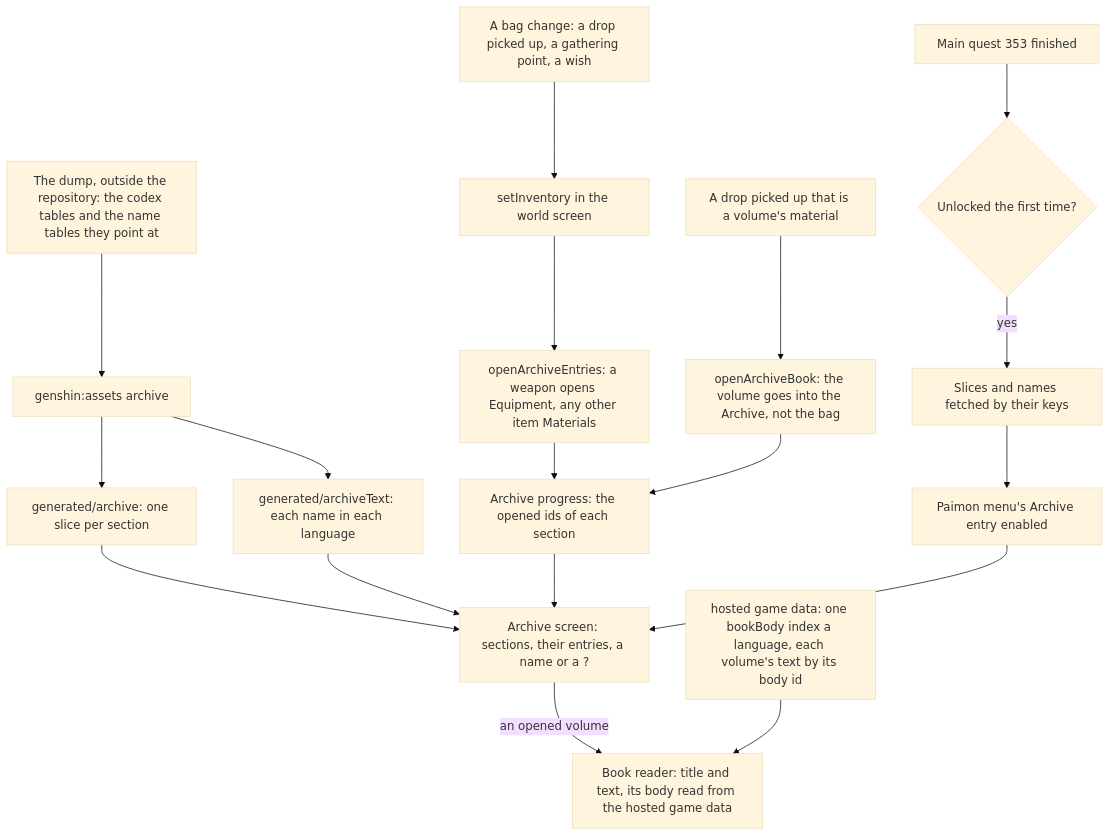
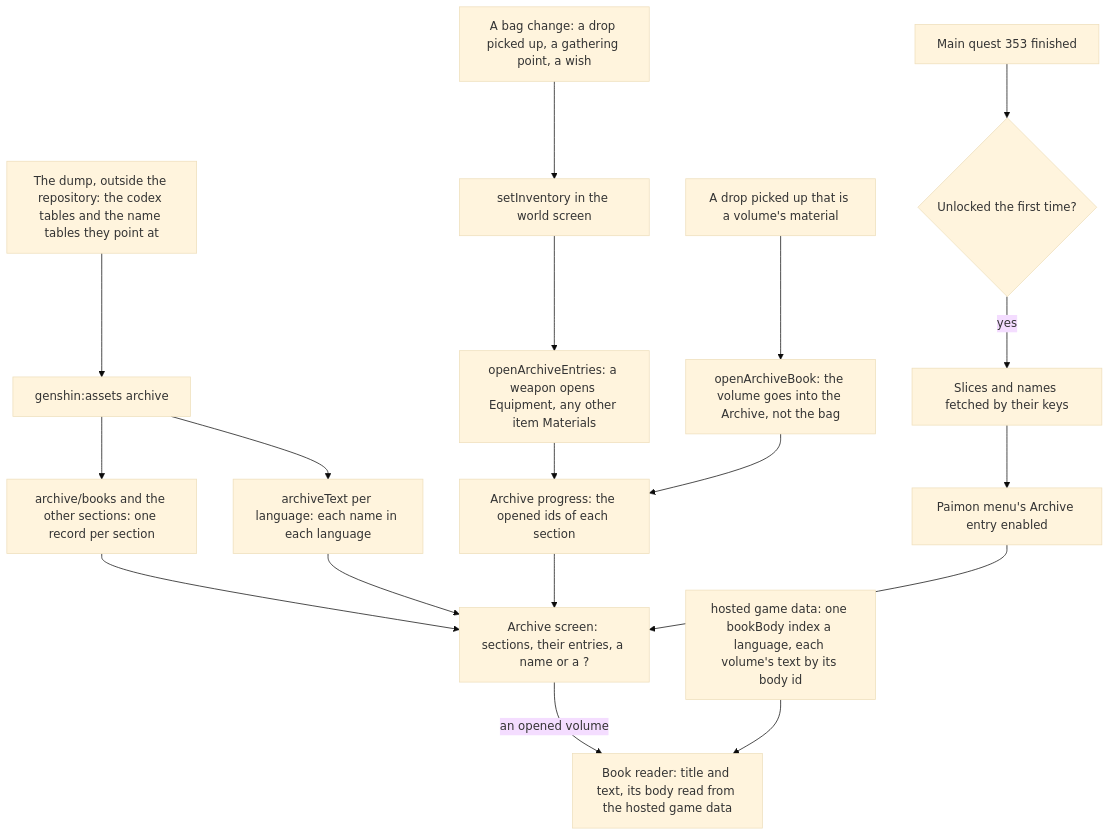
One commit to Esposter/Esposter changed the diagram in apps/web/content/docs/genshin/archive.md. Above: the diagram before and after it, drawn with Mermaid (base theme). The commit also changed other lines of this file and 31 other files, not shown here.

First line of the commit message:
feat(scripts): the achievement, archive, card, quest and name steps publish to the game data

````diff
--- a/apps/web/content/docs/genshin/archive.md
+++ b/apps/web/content/docs/genshin/archive.md
@@ -12,20 +12,20 @@
 ```mermaid
 flowchart TD
   DUMP["The dump, outside the repository: the codex tables and the name tables they point at"] --> WRITE["genshin:assets archive"]
-  WRITE --> SLICES["generated/archive: one slice per section"]
-  WRITE --> WORDS["generated/archiveText: each name in each language"]
+  WRITE --> SLICES["archive/books and the other sections: one record per section"]
+  WRITE --> WORDS["archiveText per language: each name in each language"]
   BAG["A bag change: a drop picked up, a gathering point, a wish"] --> SET["setInventory in the world screen"]
   SET --> OPEN["openArchiveEntries: a weapon opens Equipment, any other item Materials"]
   PICK["A drop picked up that is a volume's material"] --> BOOK["openArchiveBook: the volume goes into the Archive, not the bag"]
   OPEN --> PROGRESS["Archive progress: the opened ids of each section"]
   BOOK --> PROGRESS
   SLICES --> SCREEN["Archive screen: sections, their entries, a name or a ?"]
   WORDS --> SCREEN
   PROGRESS --> SCREEN
   SCREEN -->|"an opened volume"| READER["Book reader: title and text, its body read from the hosted game data"]
   BODIES["hosted game data: one bookBody index a language, each volume's text by its body id"] --> READER
   DONE["Main quest 353 finished"] --> UNLOCK{"Unlocked the first time?"}
   UNLOCK -->|"yes"| LOAD["Slices and names fetched by their keys"]
   LOAD --> MENU["Paimon menu's Archive entry enabled"]
   MENU --> SCREEN
 ```
````
